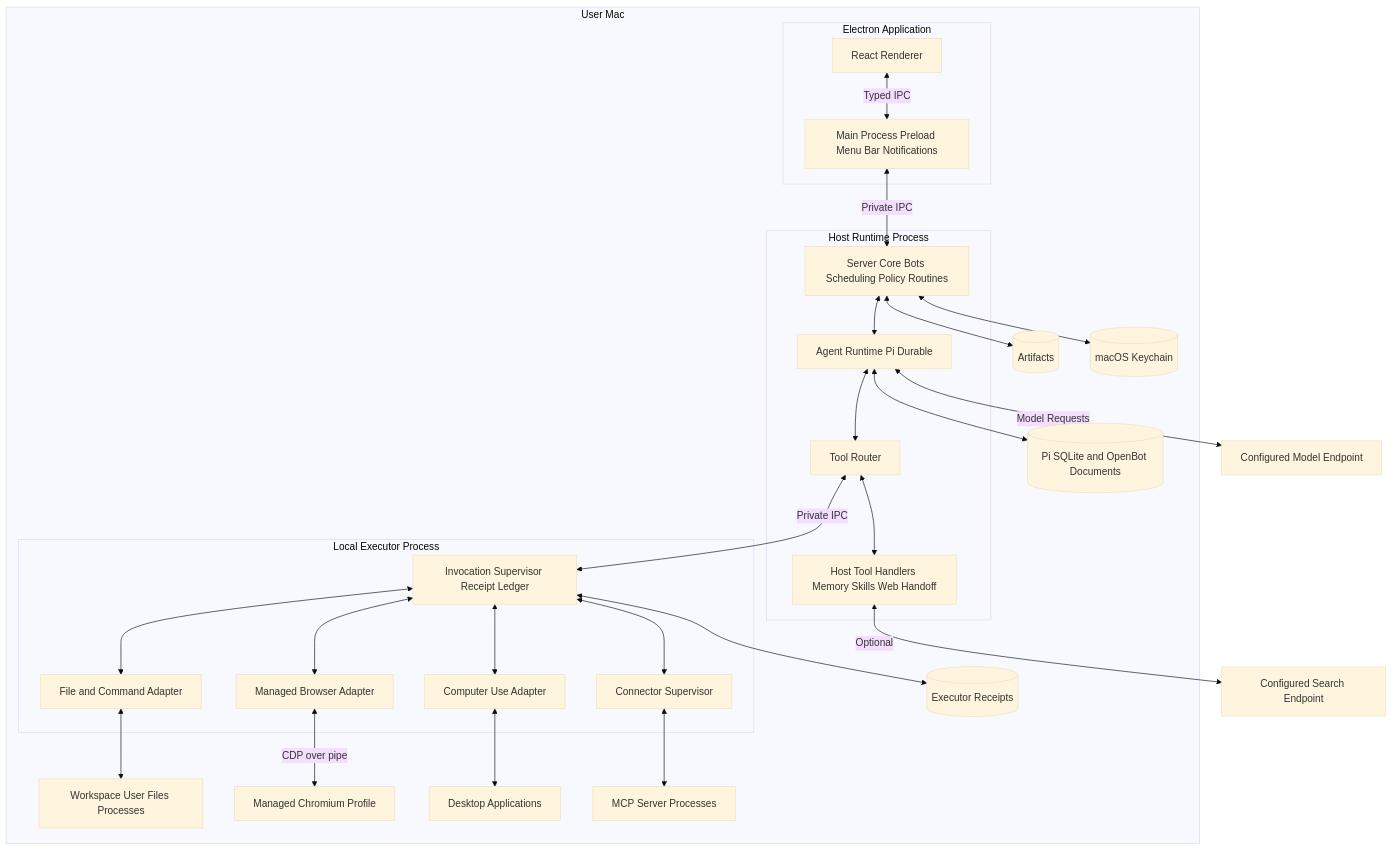
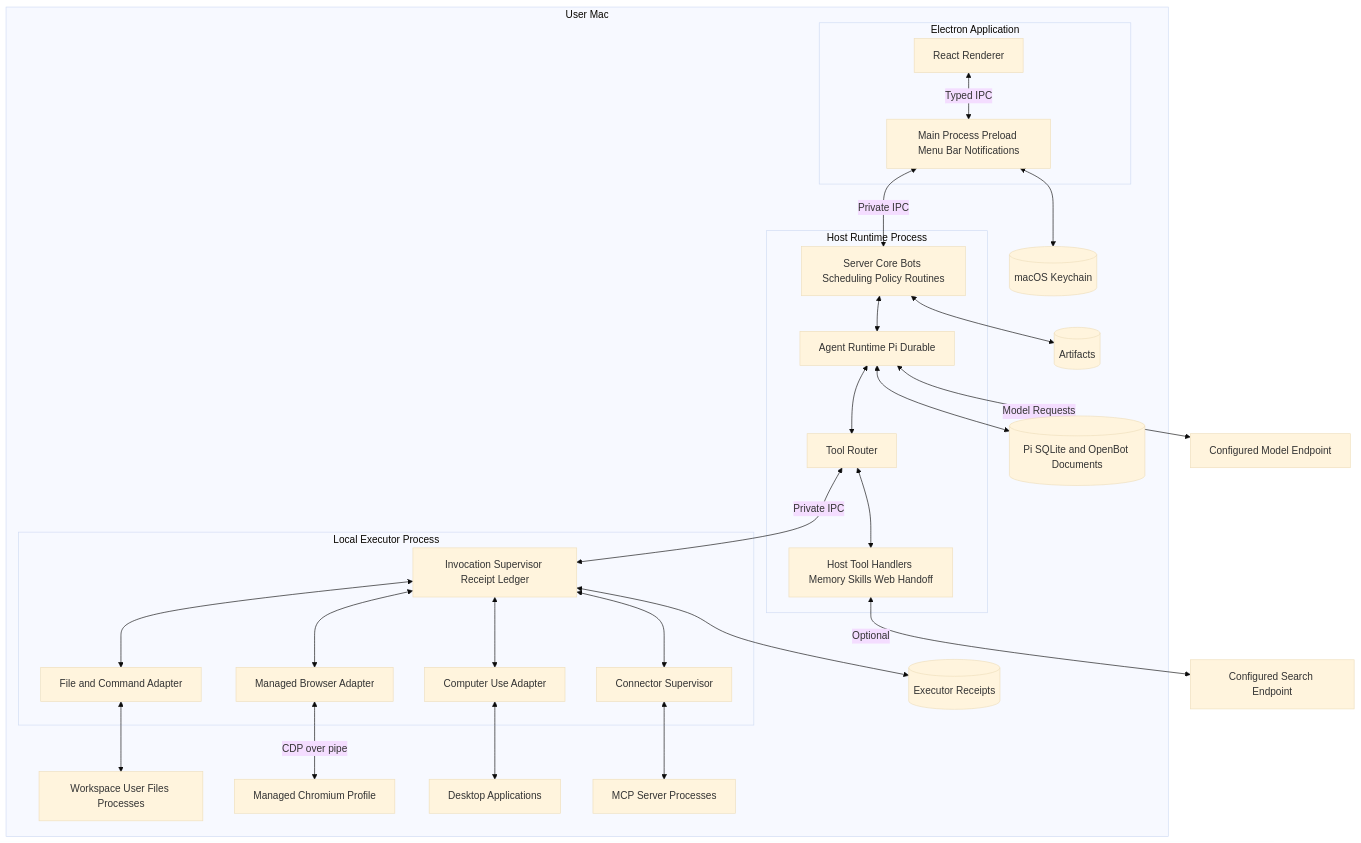
The first of 3 diagrams in docs/architecture.md (VesperZephyr/OpenBot), drawn with Mermaid (base theme) before and after one commit. The commit also changed other lines of this file and 34 other files, not shown here.

````diff
--- a/docs/architecture.md
+++ b/docs/architecture.md
@@ -138,50 +138,50 @@
 ```mermaid
 flowchart TB
   subgraph mac [User Mac]
     subgraph Desktop [Electron Application]
       UI[React Renderer]
       MAIN[Main Process Preload Menu Bar Notifications]
       UI <-->|Typed IPC| MAIN
     end
     subgraph HostProc [Host Runtime Process]
       CORE[Server Core Bots Scheduling Policy Routines]
       RT[Agent Runtime Pi Durable]
       TR[Tool Router]
       HT[Host Tool Handlers Memory Skills Web Handoff]
       CORE <--> RT
       RT <--> TR
       TR <--> HT
     end
     subgraph Worker [Local Executor Process]
       EX[Invocation Supervisor Receipt Ledger]
       ENV[File and Command Adapter]
       BR[Managed Browser Adapter]
       CU[Computer Use Adapter]
       MCP[Connector Supervisor]
       EX <--> ENV
       EX <--> BR
       EX <--> CU
       EX <--> MCP
     end
     DB[(Pi SQLite and OpenBot Documents)]
     ART[(Artifacts)]
     RECEIPTS[(Executor Receipts)]
     KC[(macOS Keychain)]
     FILES[Workspace User Files Processes]
     CHROME[Managed Chromium Profile]
     SCREEN[Desktop Applications]
     SERVERS[MCP Server Processes]
     MAIN <-->|Private IPC| CORE
     TR <-->|Private IPC| EX
     RT <--> DB
     CORE <--> ART
-    CORE <--> KC
+    MAIN <--> KC
     EX <--> RECEIPTS
     ENV <--> FILES
     BR <-->|CDP over pipe| CHROME
     CU <--> SCREEN
     MCP <--> SERVERS
   end
   RT <-->|Model Requests| MODEL[Configured Model Endpoint]
   HT <-->|Optional| SEARCH[Configured Search Endpoint]
 ```
````
